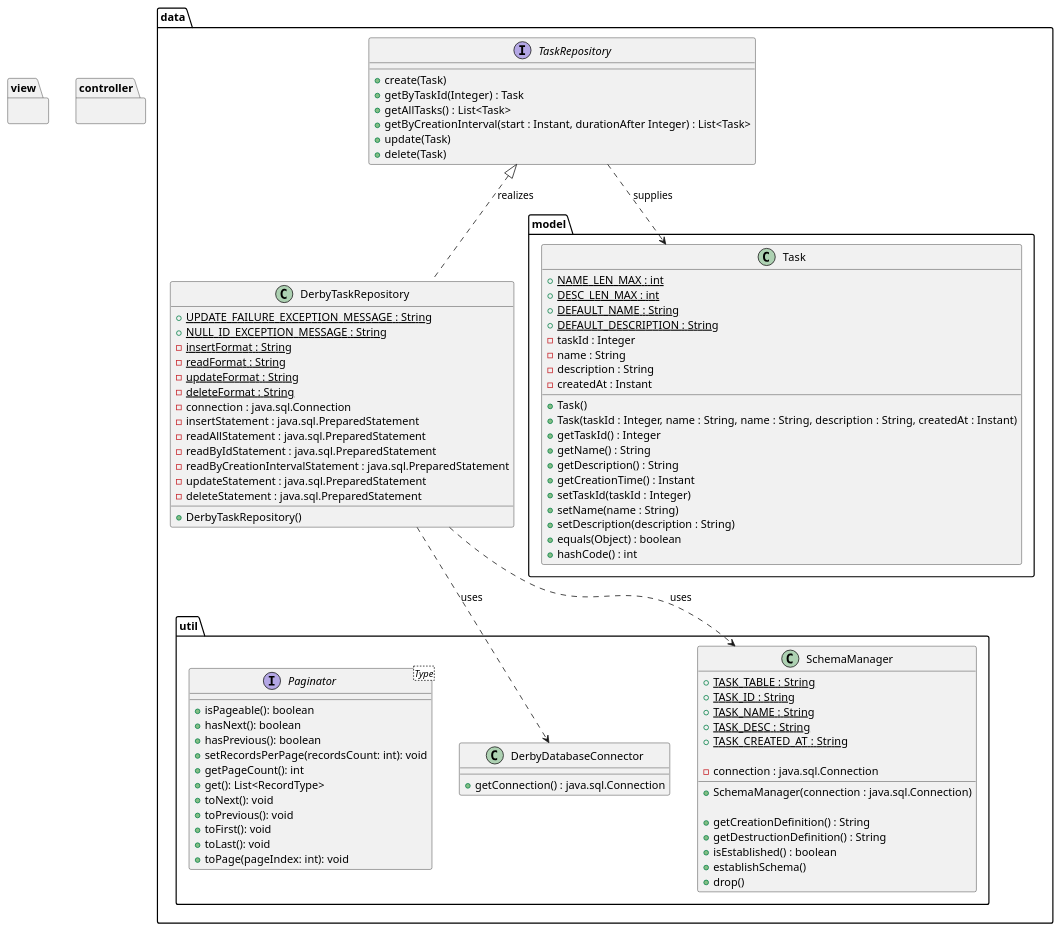
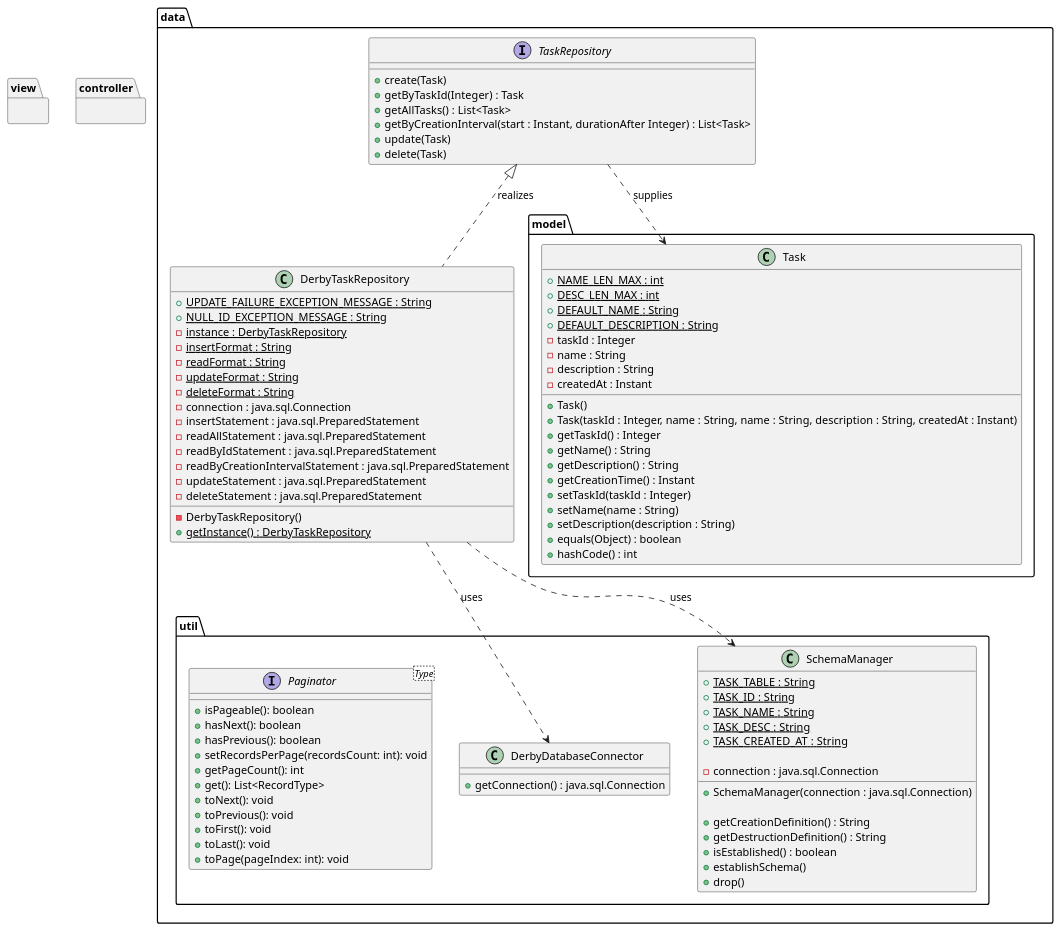
The diagram in src/main/java/com/rakkiz/taskmanagerclient/Task-Manager-Client-Class-Diagram.puml (AhmdSkr/task-manager-client), drawn with PlantUML before and after one commit. The commit also changed 2 other files, not shown here.

Commit message:
DerbyTaskRepository Singleton Update

```diff
--- a/src/main/java/com/rakkiz/taskmanagerclient/Task-Manager-Client-Class-Diagram.puml
+++ b/src/main/java/com/rakkiz/taskmanagerclient/Task-Manager-Client-Class-Diagram.puml
@@ -1,100 +1,102 @@
 @startuml
 'https://plantuml.com/class-diagram
 
 package data {
 
     package model {
         class Task {
             + {static} NAME_LEN_MAX : int
             + {static} DESC_LEN_MAX : int
             + {static} DEFAULT_NAME : String
             + {static} DEFAULT_DESCRIPTION : String
             - taskId : Integer
             - name : String
             - description : String
             - createdAt : Instant
             + Task()
             + Task(taskId : Integer, name : String, name : String, description : String, createdAt : Instant)
             + getTaskId() : Integer
             + getName() : String
             + getDescription() : String
             + getCreationTime() : Instant
             + setTaskId(taskId : Integer)
             + setName(name : String)
             + setDescription(description : String)
             + equals(Object) : boolean
             + hashCode() : int
         }
     }
     package util {
         class DerbyDatabaseConnector {
             + getConnection() : java.sql.Connection
         }
         class SchemaManager {
             + {static} TASK_TABLE : String
             + {static} TASK_ID : String
             + {static} TASK_NAME : String
             + {static} TASK_DESC : String
             + {static} TASK_CREATED_AT : String
 
             - connection : java.sql.Connection
 
             + SchemaManager(connection : java.sql.Connection)
 
             + getCreationDefinition() : String
             + getDestructionDefinition() : String
             + isEstablished() : boolean
             + establishSchema()
             + drop()
 
         }
 
         interface Paginator<Type> {
             + isPageable(): boolean
             + hasNext(): boolean
             + hasPrevious(): boolean
             + setRecordsPerPage(recordsCount: int): void
             + getPageCount(): int
             + get(): List<RecordType>
             + toNext(): void
             + toPrevious(): void
             + toFirst(): void
             + toLast(): void
             + toPage(pageIndex: int): void
         }
 
     }
 
     interface TaskRepository {
         + create(Task)
         + getByTaskId(Integer) : Task
         + getAllTasks() : List<Task>
         + getByCreationInterval(start : Instant, durationAfter Integer) : List<Task>
         + update(Task)
         + delete(Task)
     }
     TaskRepository ..> Task : supplies
 
     class DerbyTaskRepository {
         + {static} UPDATE_FAILURE_EXCEPTION_MESSAGE : String
         + {static} NULL_ID_EXCEPTION_MESSAGE : String
+        - {static} instance : DerbyTaskRepository
         - {static} insertFormat : String
         - {static} readFormat : String
         - {static} updateFormat : String
         - {static} deleteFormat : String
         - connection : java.sql.Connection
         - insertStatement : java.sql.PreparedStatement
         - readAllStatement : java.sql.PreparedStatement
         - readByIdStatement : java.sql.PreparedStatement
         - readByCreationIntervalStatement : java.sql.PreparedStatement
         - updateStatement : java.sql.PreparedStatement
         - deleteStatement : java.sql.PreparedStatement
-        + DerbyTaskRepository()
+        - DerbyTaskRepository()
+        + {static} getInstance() : DerbyTaskRepository
     }
     TaskRepository <|.. DerbyTaskRepository : realizes
     DerbyTaskRepository ..> SchemaManager : uses
     DerbyTaskRepository ..> DerbyDatabaseConnector : uses
 }
 package view {}
 package controller {}
 @enduml
```
